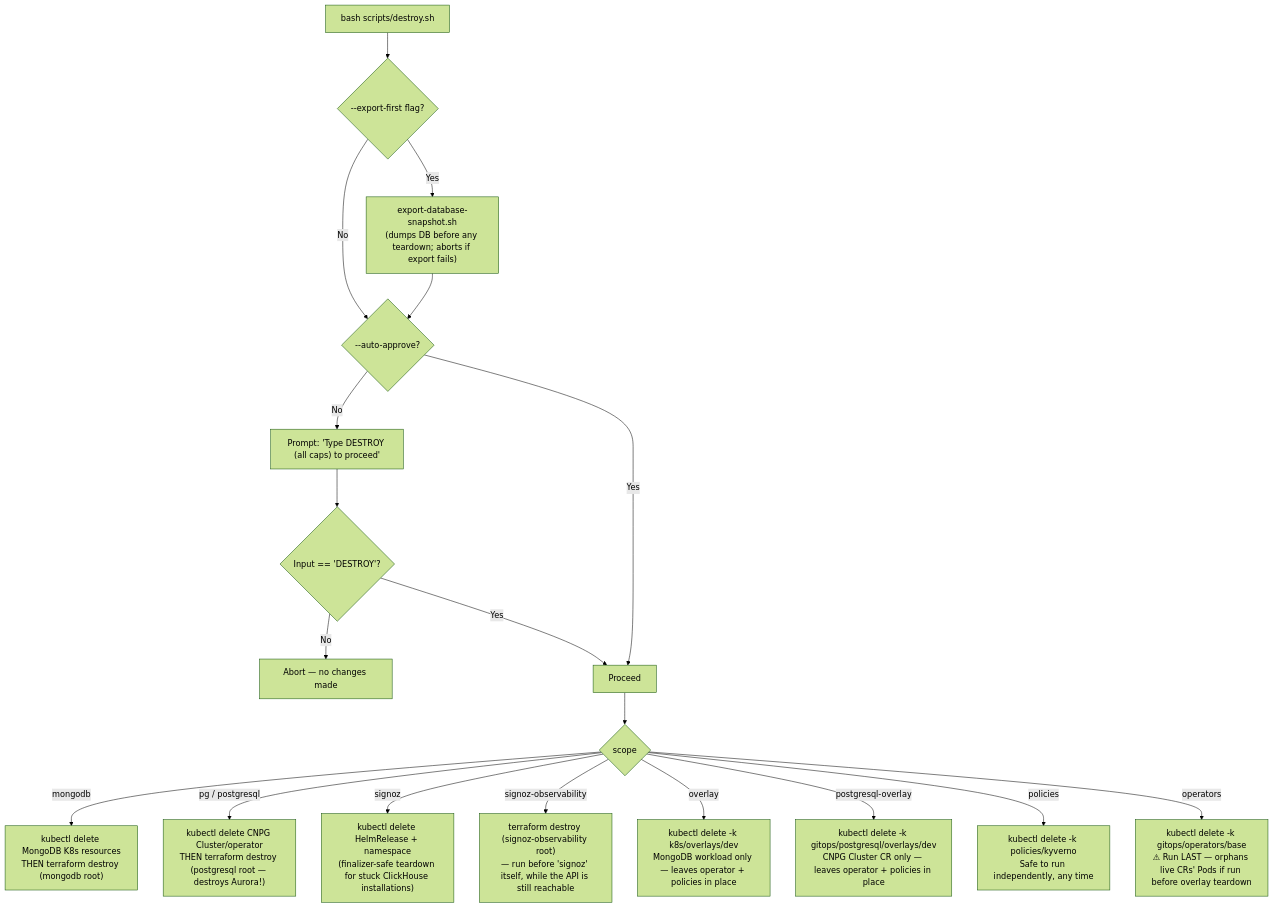
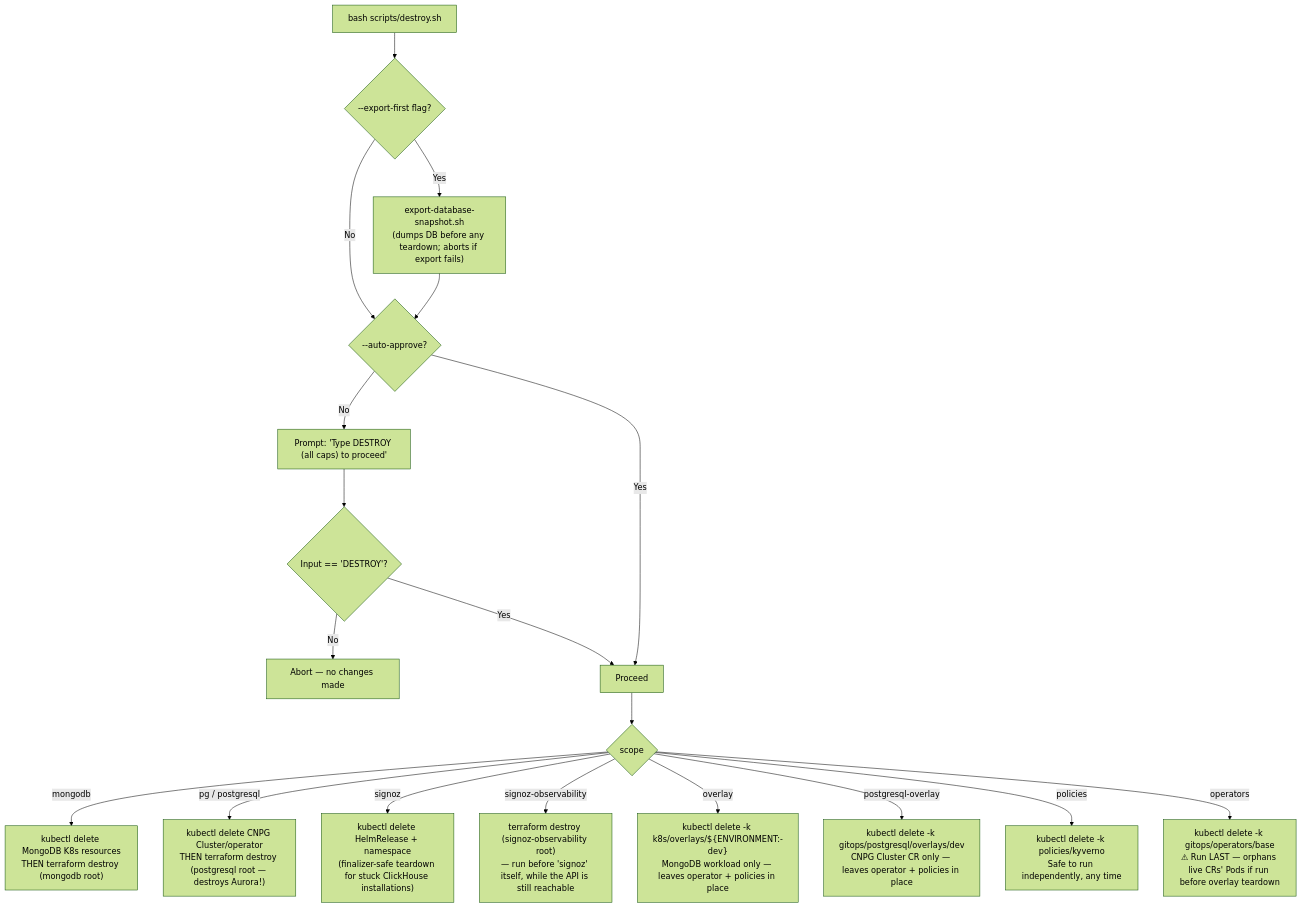
One commit to sml-global/mongodb changed the seventh of 12 diagrams in docs/references/provisioning-flows-and-infra-diagrams.md. Above: the diagram before and after it, drawn with Mermaid (forest theme). The commit also changed other lines of this file and 39 other files, not shown here.

````diff
--- a/docs/references/provisioning-flows-and-infra-diagrams.md
+++ b/docs/references/provisioning-flows-and-infra-diagrams.md
@@ -239,21 +239,21 @@
 ```mermaid
 flowchart TD
   A["bash scripts/destroy.sh <scope>"] --> B{--export-first flag?}
   B -->|Yes| C["export-database-snapshot.sh<br/>(dumps DB before any teardown; aborts if export fails)"]
   B -->|No| D
   C --> D{--auto-approve?}
   D -->|No| E["Prompt: 'Type DESTROY (all caps) to proceed'"]
   E --> F{Input == 'DESTROY'?}
   F -->|No| G[Abort — no changes made]
   F -->|Yes| H[Proceed]
   D -->|Yes| H
   H --> I{scope}
   I -->|mongodb| J["kubectl delete MongoDB K8s resources<br/>THEN terraform destroy (mongodb root)"]
   I -->|pg / postgresql| K["kubectl delete CNPG Cluster/operator<br/>THEN terraform destroy (postgresql root — destroys Aurora!)"]
   I -->|signoz| L["kubectl delete HelmRelease + namespace<br/>(finalizer-safe teardown for stuck ClickHouse installations)"]
   I -->|signoz-observability| M["terraform destroy (signoz-observability root)<br/>— run before 'signoz' itself, while the API is still reachable"]
-  I -->|overlay| N["kubectl delete -k k8s/overlays/dev<br/>MongoDB workload only — leaves operator + policies in place"]
+  I -->|overlay| N["kubectl delete -k k8s/overlays/${ENVIRONMENT:-dev}<br/>MongoDB workload only — leaves operator + policies in place"]
   I -->|postgresql-overlay| O["kubectl delete -k gitops/postgresql/overlays/dev<br/>CNPG Cluster CR only — leaves operator + policies in place"]
   I -->|policies| P["kubectl delete -k policies/kyverno<br/>Safe to run independently, any time"]
   I -->|operators| Q["kubectl delete -k gitops/operators/base<br/>⚠ Run LAST — orphans live CRs' Pods if run before overlay teardown"]
 ```
````
